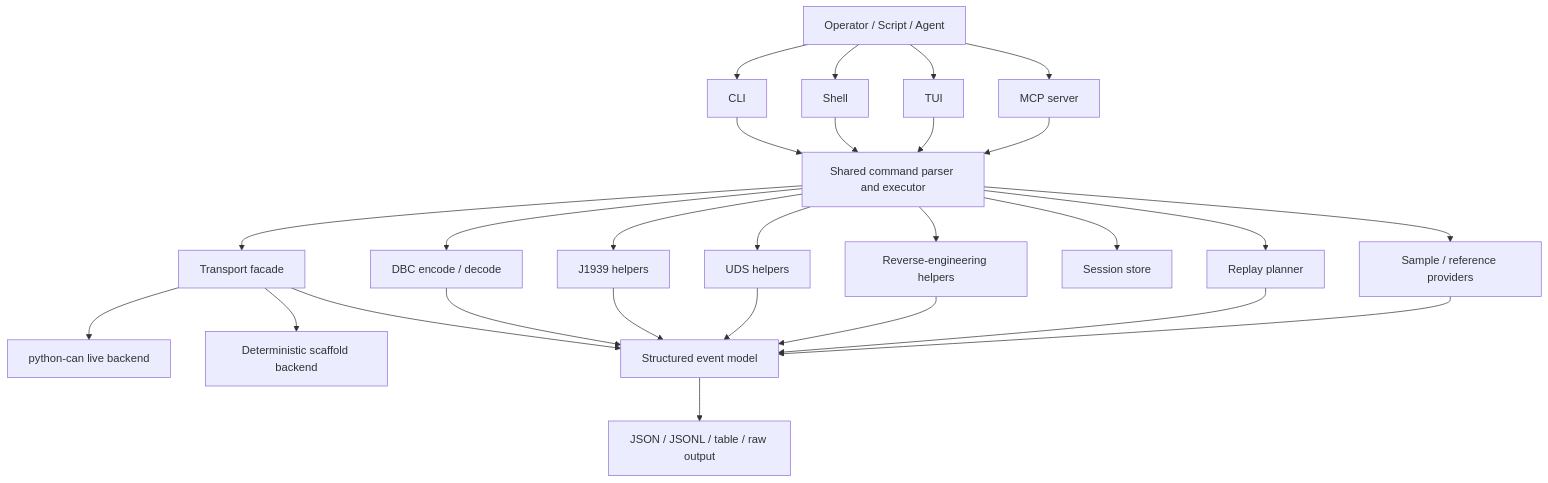
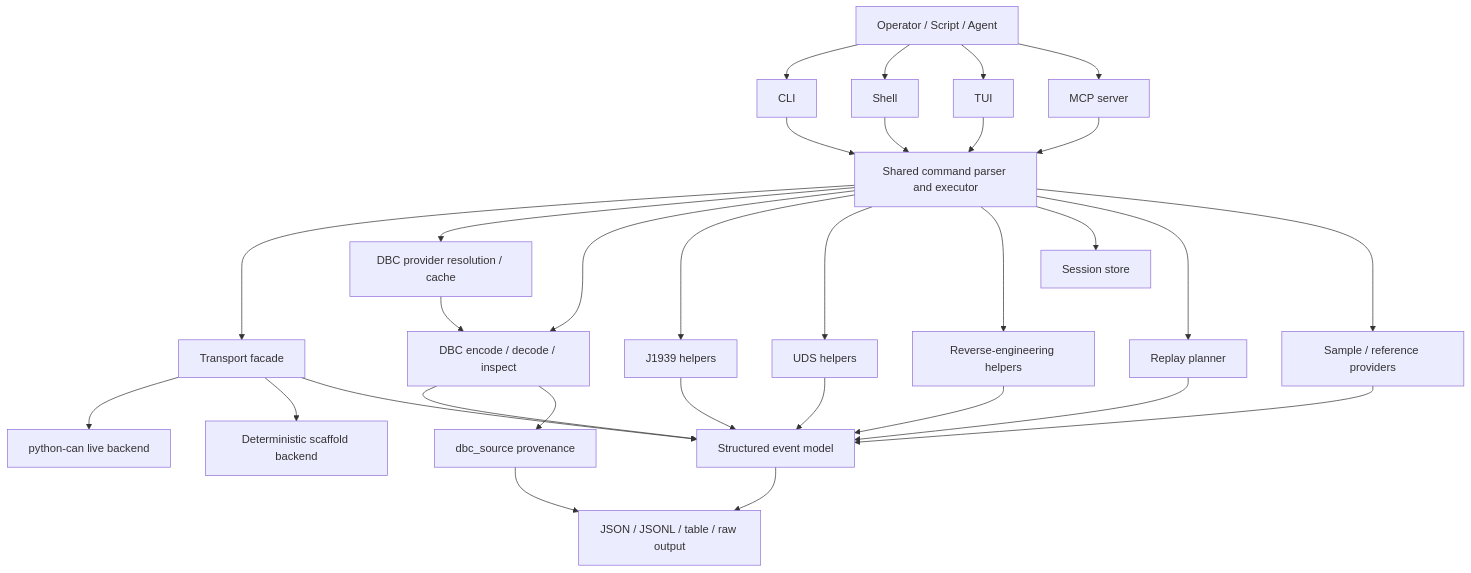
One commit to hexsecs/canarchy changed the first of 5 diagrams in docs/architecture.md. Above: the diagram before and after it, drawn with Mermaid. The commit also changed other lines of this file and 1 other file, not shown here.

Commit message:
docs: refresh architecture for DBC providers and RE matching refs #81

````diff
--- a/docs/architecture.md
+++ b/docs/architecture.md
@@ -24,34 +24,38 @@
 ```mermaid
 flowchart TD
     U[Operator / Script / Agent] --> CLI[CLI]
     U --> SH[Shell]
     U --> TUI[TUI]
     U --> MCP[MCP server]
 
     CLI --> CMD[Shared command parser and executor]
     SH --> CMD
     TUI --> CMD
     MCP --> CMD
 
     CMD --> TP[Transport facade]
-    CMD --> DBC[DBC encode / decode]
+    CMD --> DBCP[DBC provider resolution / cache]
+    CMD --> DBC[DBC encode / decode / inspect]
     CMD --> J[J1939 helpers]
     CMD --> UDS[UDS helpers]
     CMD --> RE[Reverse-engineering helpers]
     CMD --> SES[Session store]
     CMD --> REP[Replay planner]
 
     TP --> PY[python-can live backend]
     TP --> SC[Deterministic scaffold backend]
     CMD --> REF[Sample / reference providers]
 
+    DBCP --> DBC
     DBC --> EV[Structured event model]
     J --> EV
     UDS --> EV
     RE --> EV
     TP --> EV
     REP --> EV
     REF --> EV
 
     EV --> OUT[JSON / JSONL / table / raw output]
+    DBC --> PROV[dbc_source provenance]
+    PROV --> OUT
 ```
````
